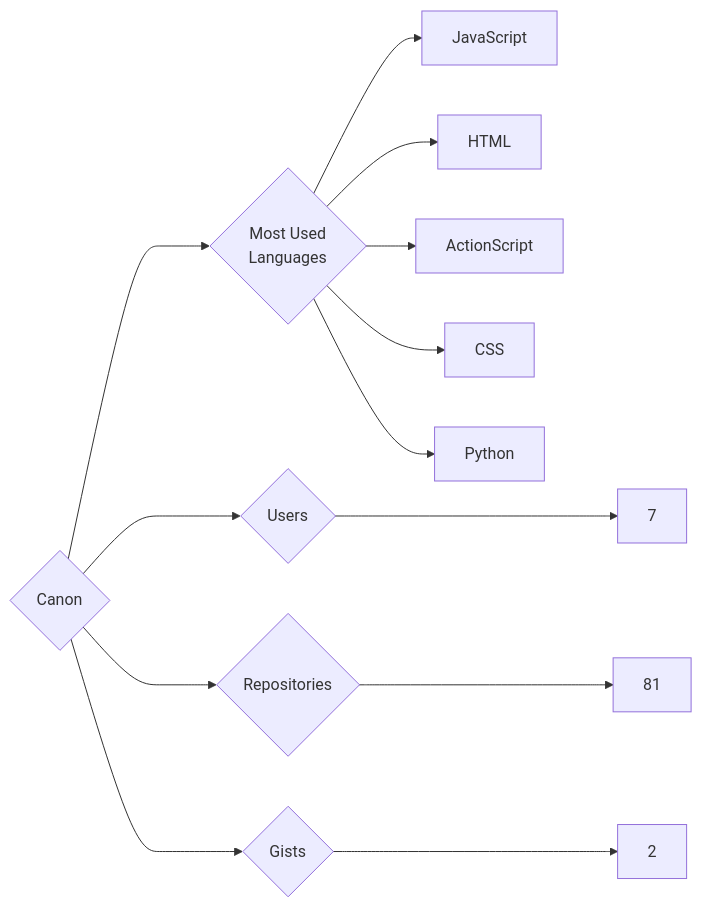
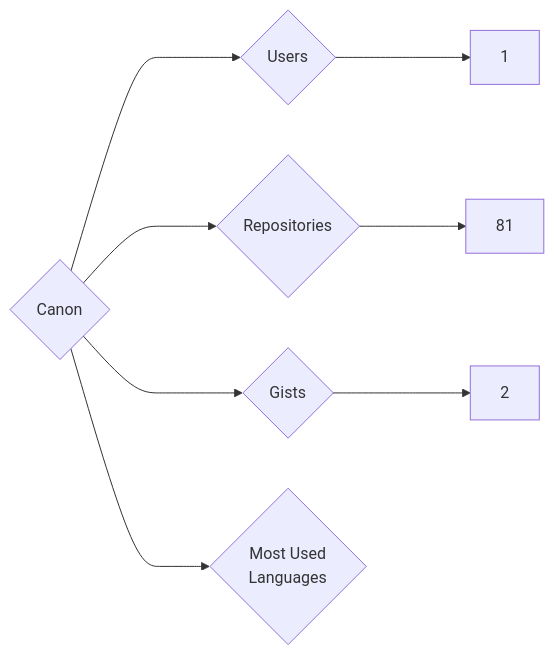
Before and after one commit to trickest/insiders: the diagram in targets/Canon/README.md, drawn with Mermaid. The commit also changed 618 other files, not shown here.

````diff
--- a/targets/Canon/README.md
+++ b/targets/Canon/README.md
@@ -3,13 +3,8 @@
 ```mermaid
 graph LR
 COMPANY_NAME{Canon}
-COMPANY_NAME ---> U{Users} ---> UN[7]
+COMPANY_NAME ---> U{Users} ---> UN[1]
 COMPANY_NAME ---> R{Repositories} ---> RN[81]
 COMPANY_NAME ---> G{Gists} ---> GN[2]
 COMPANY_NAME ---> ML{Most Used<br>Languages}
-ML --> JavaScript[JavaScript]
-ML --> HTML[HTML]
-ML --> ActionScript[ActionScript]
-ML --> CSS[CSS]
-ML --> Python[Python]
 ```
````
